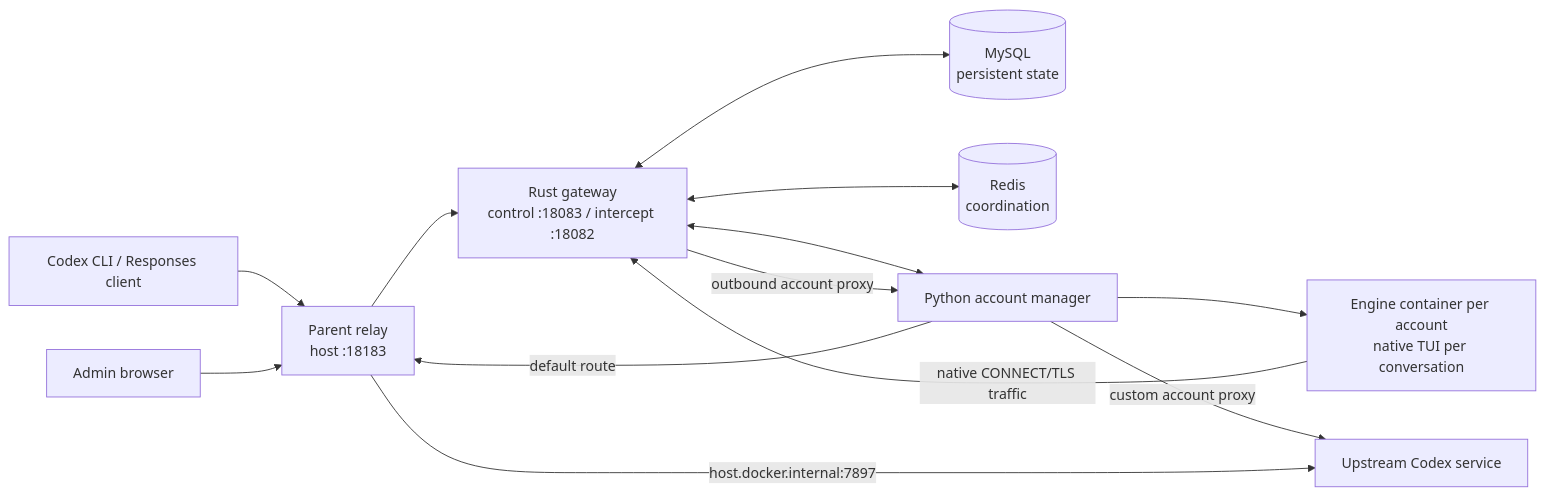
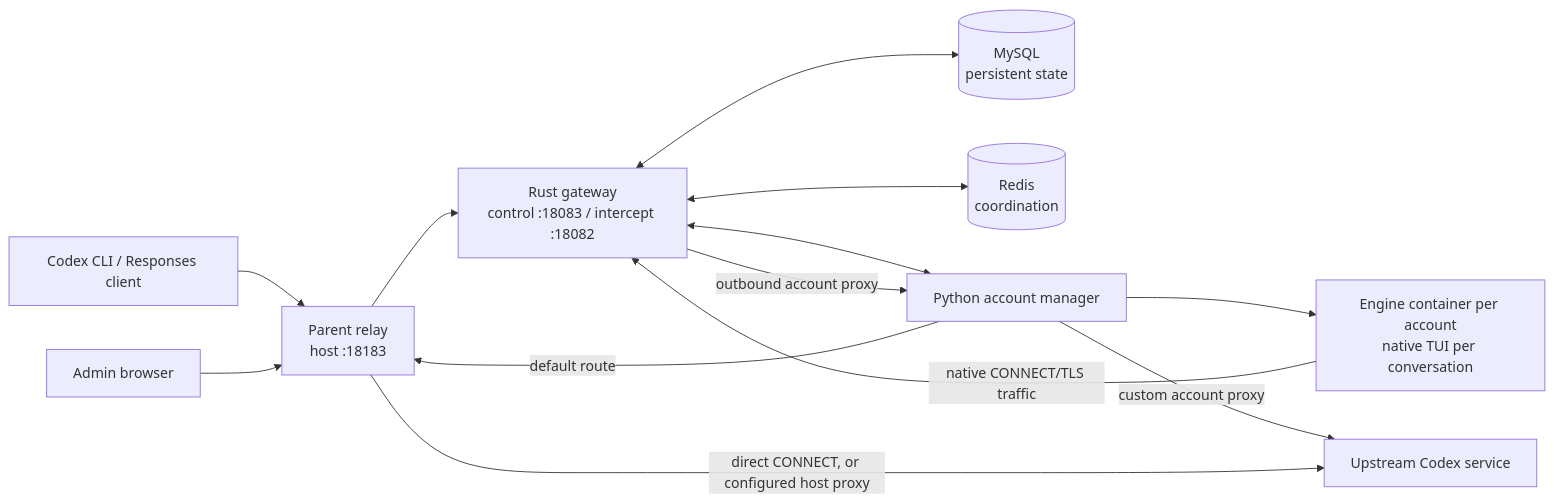
One commit to 1198722360/codex-engine changed the diagram in README.md. Above: the diagram before and after it, drawn with Mermaid. The commit also changed other lines of this file and 3 other files, not shown here.

````diff
--- a/README.md
+++ b/README.md
@@ -11,15 +11,15 @@
 ```mermaid
 flowchart LR
     client["Codex CLI / Responses client"] --> relay["Parent relay<br/>host :18183"]
     browser["Admin browser"] --> relay
     relay --> gateway["Rust gateway<br/>control :18083 / intercept :18082"]
     gateway <--> mysql[(MySQL<br/>persistent state)]
     gateway <--> redis[(Redis<br/>coordination)]
     gateway <--> manager["Python account manager"]
     manager --> engines["Engine container per account<br/>native TUI per conversation"]
     engines -->|native CONNECT/TLS traffic| gateway
     gateway -->|outbound account proxy| manager
     manager -->|custom account proxy| upstream["Upstream Codex service"]
     manager -->|default route| relay
-    relay -->|host.docker.internal:7897| upstream
+    relay -->|direct CONNECT, or configured host proxy| upstream
 ```
````
